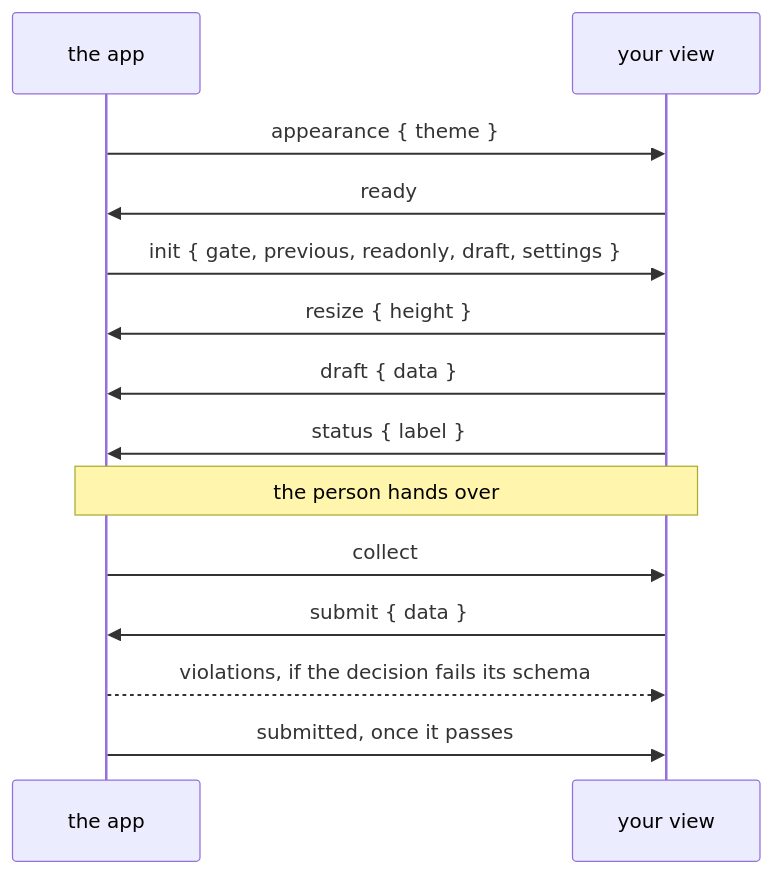
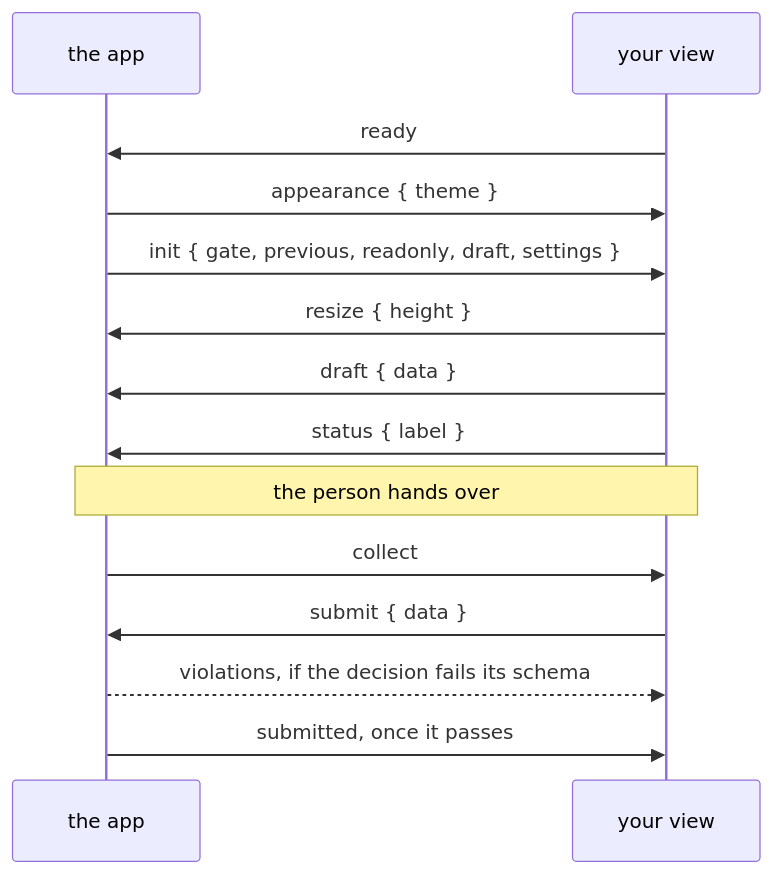
One commit to forgeplane/pinrail changed the diagram in docs/building/protocol.md. Above: the diagram before and after it, drawn with Mermaid. The commit also changed other lines of this file and 1 other file, not shown here.

````diff
--- a/docs/building/protocol.md
+++ b/docs/building/protocol.md
@@ -22,16 +22,16 @@
 ```mermaid title="A review's life, from the view's side"
 sequenceDiagram
   participant S as the app
   participant V as your view
+  V->>S: ready
   S->>V: appearance { theme }
-  V->>S: ready
   S->>V: init { gate, previous, readonly, draft, settings }
   V->>S: resize { height }
   V->>S: draft { data }
   V->>S: status { label }
   Note over S,V: the person hands over
   S->>V: collect
   V->>S: submit { data }
   S-->>V: violations, if the decision fails its schema
   S->>V: submitted, once it passes
 ```
````
